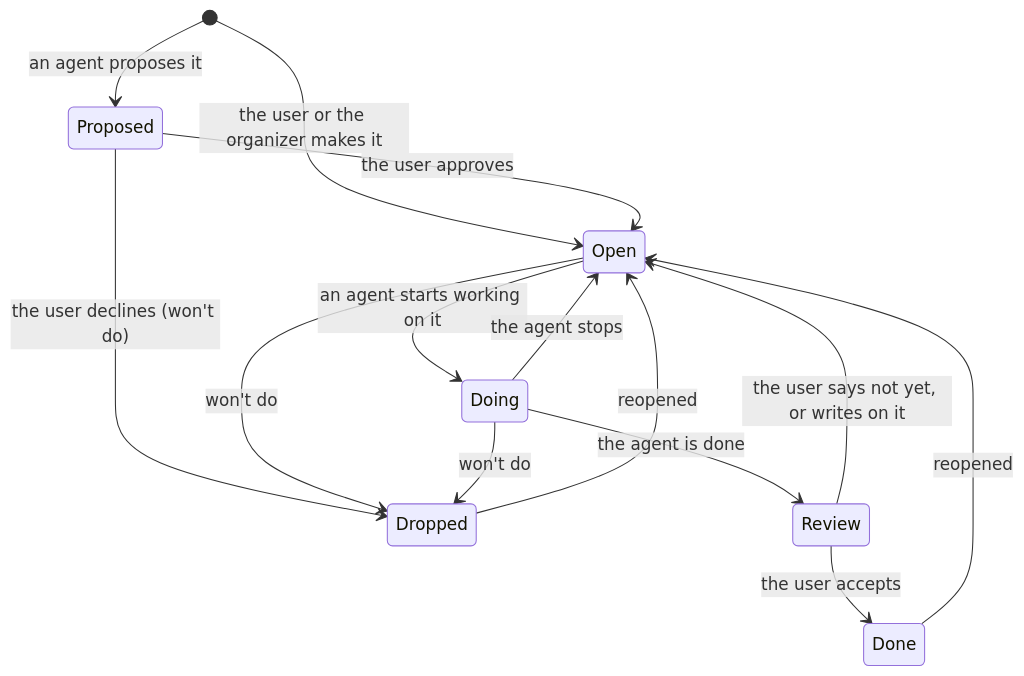
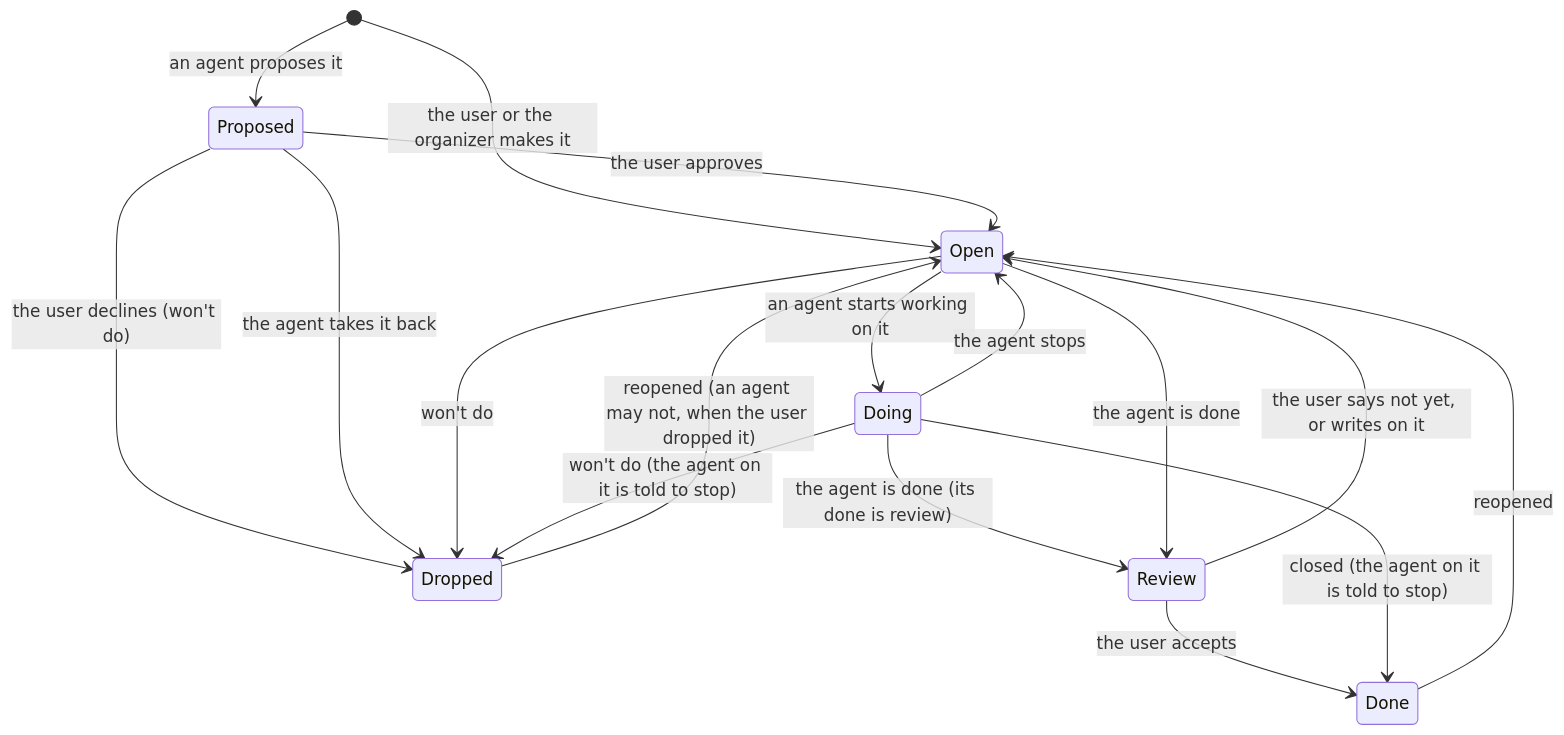
The diagram in docs/item-states.md (ralphite/taska), drawn with Mermaid before and after one commit. The commit also changed other lines of this file and 2 other files, not shown here.

Commit message:
B816 r1398: the item state diagram in docs/item-states.md is drawn from item_states.STEPS, and a test keeps them the same

````diff
--- a/docs/item-states.md
+++ b/docs/item-states.md
@@ -5,16 +13,19 @@
 ```mermaid
 stateDiagram-v2
   [*] --> Proposed: an agent proposes it
   [*] --> Open: the user or the organizer makes it
   Proposed --> Open: the user approves
   Proposed --> Dropped: the user declines (won't do)
+  Proposed --> Dropped: the agent takes it back
   Open --> Doing: an agent starts working on it
   Doing --> Open: the agent stops
-  Doing --> Review: the agent is done
+  Doing --> Review: the agent is done (its done is review)
+  Open --> Review: the agent is done
   Review --> Done: the user accepts
   Review --> Open: the user says not yet, or writes on it
   Open --> Dropped: won't do
-  Doing --> Dropped: won't do
+  Doing --> Dropped: won't do (the agent on it is told to stop)
+  Doing --> Done: closed (the agent on it is told to stop)
   Done --> Open: reopened
-  Dropped --> Open: reopened
+  Dropped --> Open: reopened (an agent may not, when the user dropped it)
 ```
````
